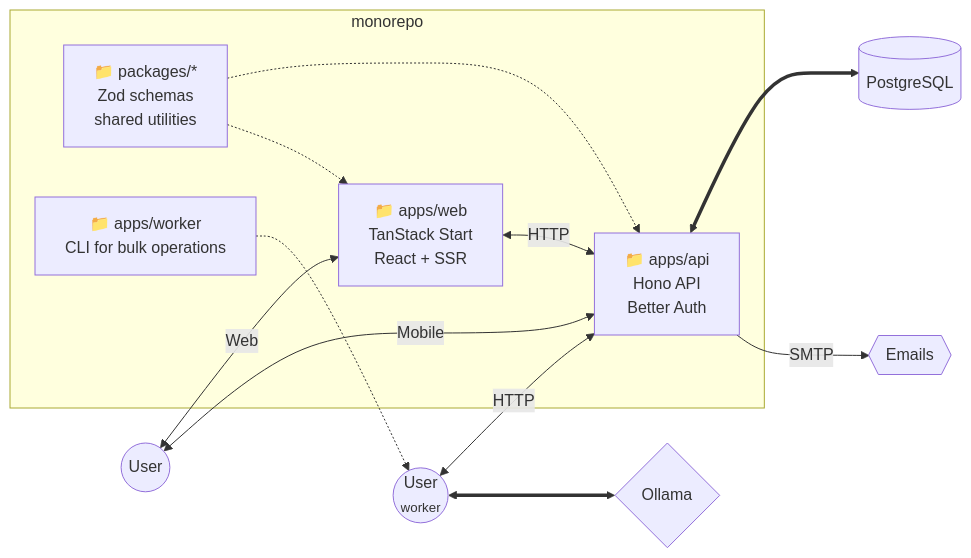
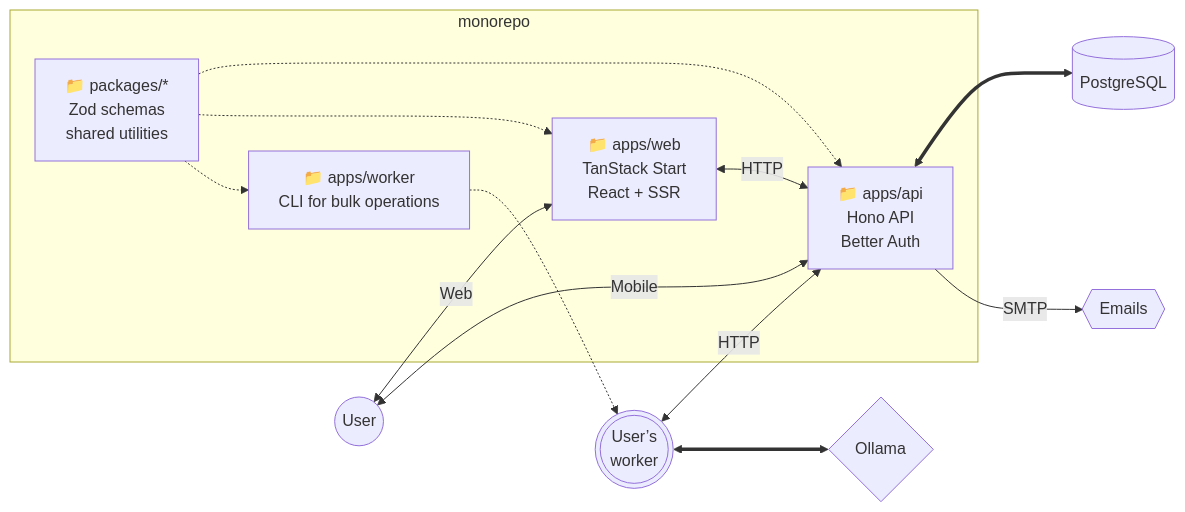
The diagram in README.md (SubZtep/admin-starter), drawn with Mermaid before and after one commit. The commit also changed 4 other files, not shown here.

````diff
--- a/README.md
+++ b/README.md
@@ -16,29 +16,30 @@
 ```mermaid
 flowchart LR
   subgraph "monorepo"
     A["📁 apps/api<br/>Hono API<br/>Better Auth"]
     W["📁 apps/web<br/>TanStack Start<br/>React + SSR"]
     P["📁 packages/*<br/>Zod schemas<br/>shared utilities"]
     WW["📁 apps/worker<br/>CLI for bulk operations"]
   end
 
   U((User))
-  UW((User
-    <small>worker</small>))
+  UW(((User’s
+    worker)))
   D[(PostgreSQL)]
   E{{Emails}}
   O{Ollama}
 
   P -.-> A
   P -.-> W
+  P -.-> WW
 
   U <-->|Web| W
   U <-->|Mobile| A
   UW <-->|HTTP| A
   UW <==> O
   WW -.-> UW
 
   W <-->|HTTP| A
   A <==> D
   A -->|SMTP| E
 ```
````
